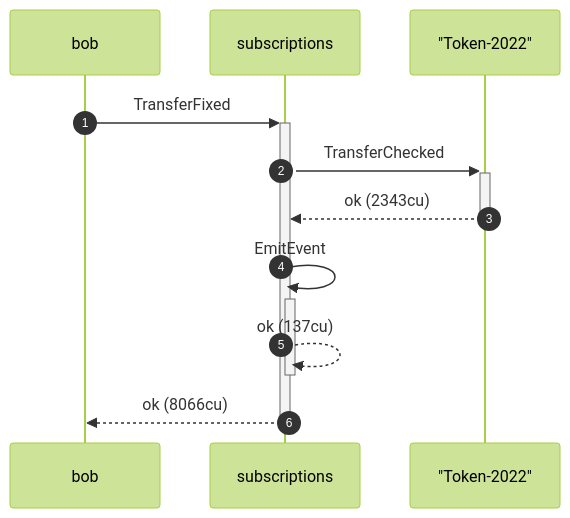
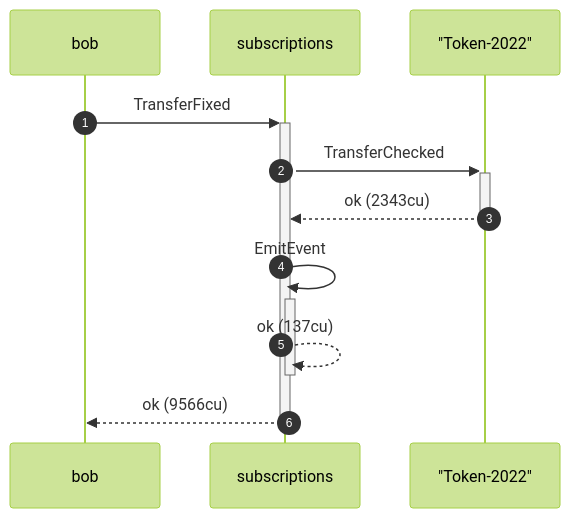
One commit to cds-rs/subscriptions changed the tenth of 12 diagrams in dsl_tests/fixed-transfer-over-a-token-2022-unconfigured-transfer-hook-mint.md. Above: the diagram before and after it, drawn with Mermaid (forest theme). The commit also changed other lines of this file and 224 other files, not shown here.

````diff
--- a/dsl_tests/fixed-transfer-over-a-token-2022-unconfigured-transfer-hook-mint.md
+++ b/dsl_tests/fixed-transfer-over-a-token-2022-unconfigured-transfer-hook-mint.md
@@ -193,13 +202,13 @@
 ```mermaid
 sequenceDiagram
     autonumber
     participant bob
     participant subscriptions
     participant Token_2022 as "Token-2022"
     bob ->>+ subscriptions: TransferFixed
     subscriptions ->>+ Token_2022: TransferChecked
     Token_2022 -->>- subscriptions: ok (2343cu)
     subscriptions ->>+ subscriptions: EmitEvent
     subscriptions -->>- subscriptions: ok (137cu)
-    subscriptions -->>- bob: ok (8066cu)
+    subscriptions -->>- bob: ok (9566cu)
 ```
````
